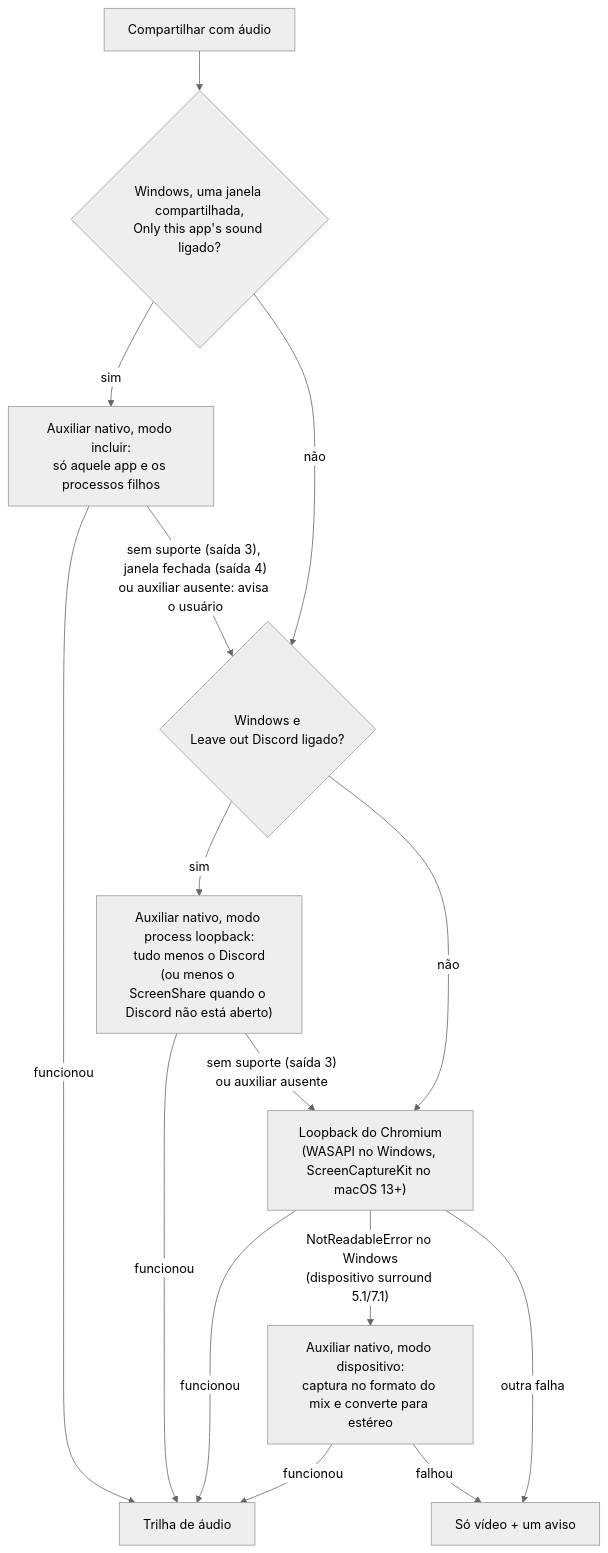
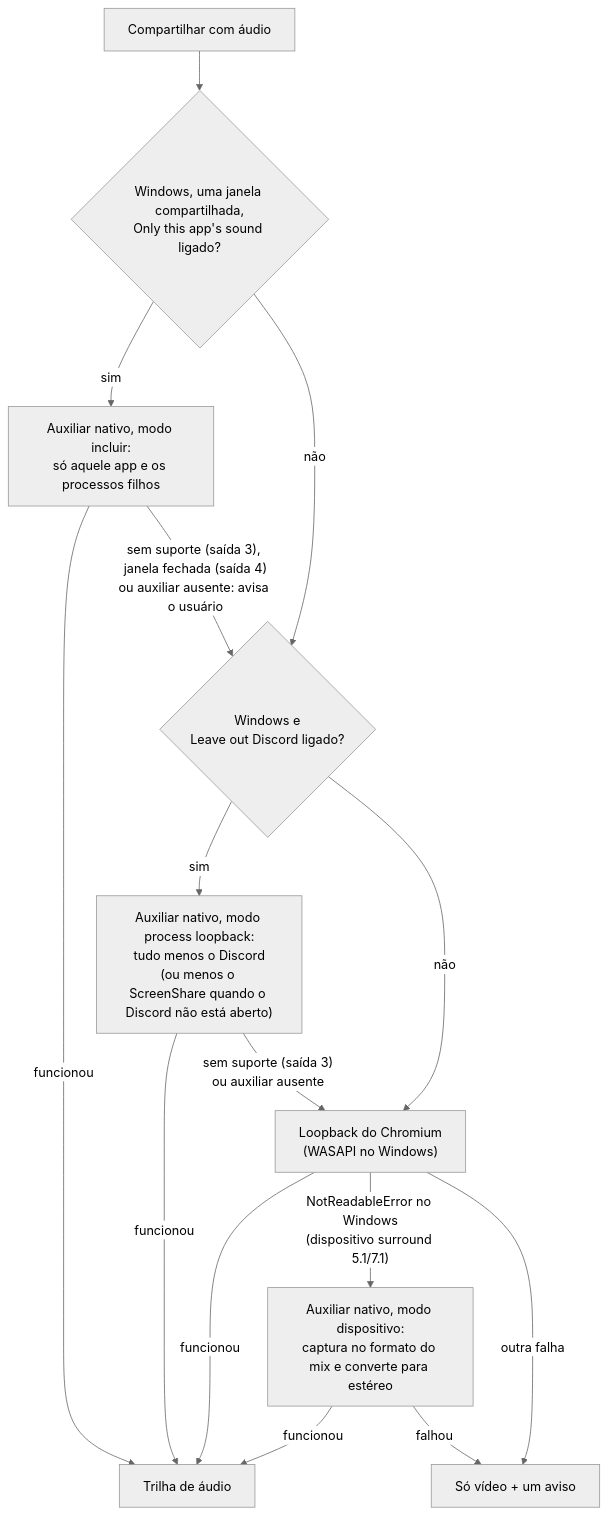
The sixth of 6 diagrams in docs/pt-BR/media-pipeline.md (nsfxu/lan-screenshare), drawn with Mermaid (neutral theme) before and after one commit. The commit also changed other lines of this file and 20 other files, not shown here.

````diff
--- a/docs/pt-BR/media-pipeline.md
+++ b/docs/pt-BR/media-pipeline.md
@@ -209,17 +209,17 @@
 ```mermaid
 flowchart TD
   S["Compartilhar com áudio"] --> A{"Windows, uma janela compartilhada,<br/>Only this app's sound ligado?"}
   A -->|sim| H0["Auxiliar nativo, modo incluir:<br/>só aquele app e os processos filhos"]
   H0 -->|funcionou| OK
   H0 -->|"sem suporte (saída 3), janela fechada (saída 4)<br/>ou auxiliar ausente: avisa o usuário"| Q
   A -->|não| Q{"Windows e<br/>Leave out Discord ligado?"}
   Q -->|sim| H1["Auxiliar nativo, modo process loopback:<br/>tudo menos o Discord<br/>(ou menos o ScreenShare quando o Discord não está aberto)"]
   H1 -->|funcionou| OK["Trilha de áudio"]
   H1 -->|"sem suporte (saída 3)<br/>ou auxiliar ausente"| C
-  Q -->|não| C["Loopback do Chromium<br/>(WASAPI no Windows, ScreenCaptureKit no macOS 13+)"]
+  Q -->|não| C["Loopback do Chromium<br/>(WASAPI no Windows)"]
   C -->|funcionou| OK
   C -->|"NotReadableError no Windows<br/>(dispositivo surround 5.1/7.1)"| H2["Auxiliar nativo, modo dispositivo:<br/>captura no formato do mix e converte para estéreo"]
   H2 -->|funcionou| OK
   C -->|"outra falha"| NO["Só vídeo + um aviso"]
   H2 -->|falhou| NO
 ```
````
